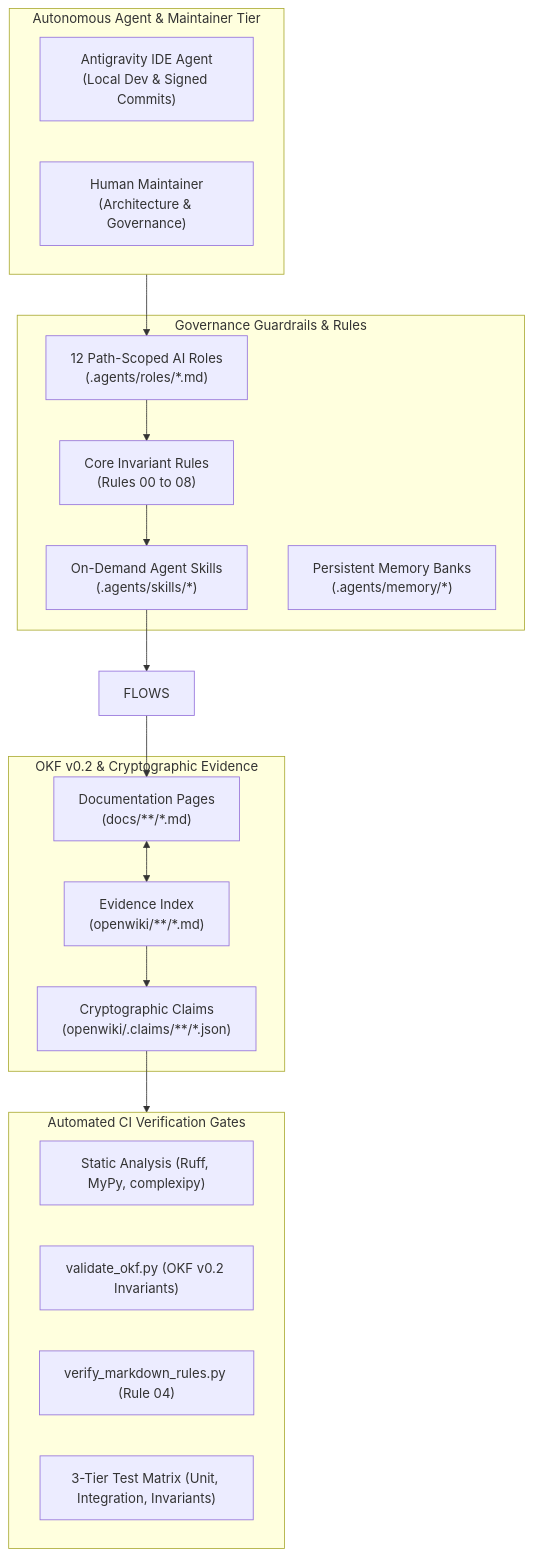
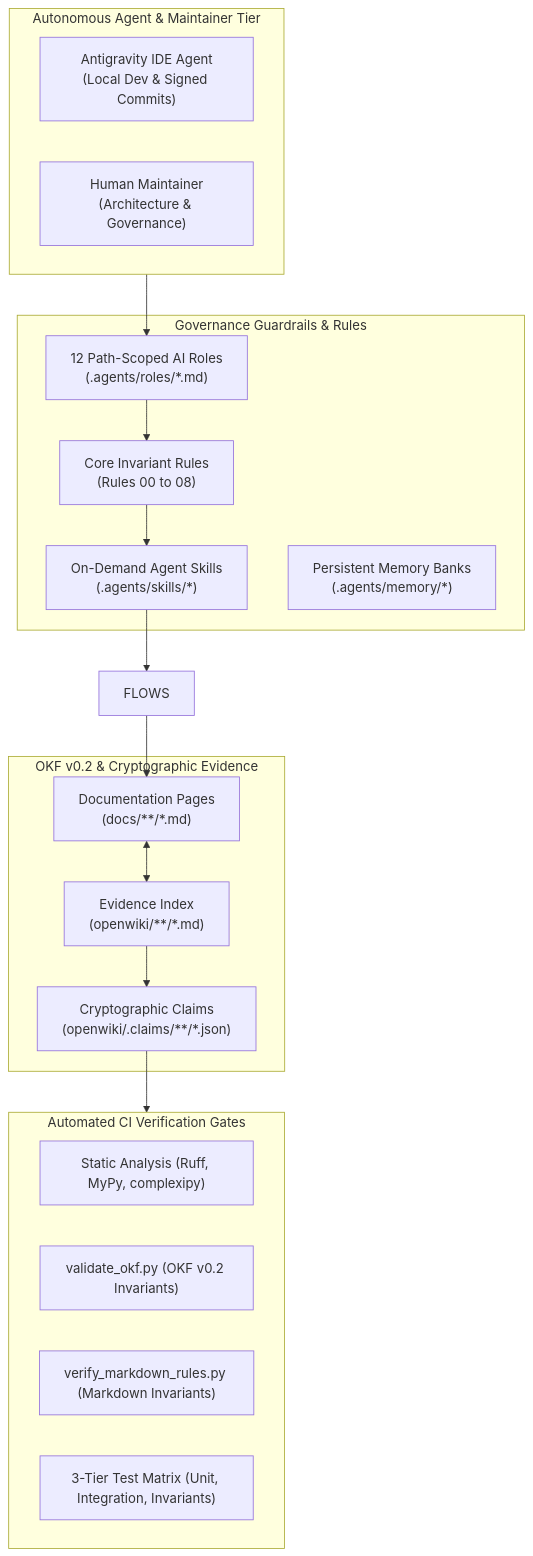
Before and after one commit to foersben/taxon-vision-mlops: the first of 2 diagrams in docs/operations/agentic_governance_and_okf.md, drawn with Mermaid. The commit also changed other lines of this file and 41 other files, not shown here.

````diff
--- a/docs/operations/agentic_governance_and_okf.md
+++ b/docs/operations/agentic_governance_and_okf.md
@@ -22,36 +22,36 @@
 ```mermaid
 flowchart TD
     subgraph Agents["Autonomous Agent & Maintainer Tier"]
         AGY["Antigravity IDE Agent<br/>(Local Dev & Signed Commits)"]
         HUM["Human Maintainer<br/>(Architecture & Governance)"]
     end
 
     subgraph Governance["Governance Guardrails & Rules"]
         ROLES["12 Path-Scoped AI Roles<br/>(.agents/roles/*.md)"]
         RULES["Core Invariant Rules<br/>(Rules 00 to 08)"]
         SKILLS["On-Demand Agent Skills<br/>(.agents/skills/*)"]
         MEM["Persistent Memory Banks<br/>(.agents/memory/*)"]
     end
 
     subgraph OKF["OKF v0.2 & Cryptographic Evidence"]
         DOCS["Documentation Pages<br/>(docs/**/*.md)"]
         WIKI["Evidence Index<br/>(openwiki/**/*.md)"]
         CLAIMS["Cryptographic Claims<br/>(openwiki/.claims/**/*.json)"]
     end
 
     subgraph Gates["Automated CI Verification Gates"]
         LINT["Static Analysis (Ruff, MyPy, complexipy)"]
         VOKF["validate_okf.py (OKF v0.2 Invariants)"]
-        MRULE["verify_markdown_rules.py (Rule 04)"]
+        MRULE["verify_markdown_rules.py (Markdown Invariants)"]
         TESTS["3-Tier Test Matrix (Unit, Integration, Invariants)"]
     end
 
     Agents --> ROLES
     ROLES --> RULES
     RULES --> SKILLS
     SKILLS --> FLOWS
     FLOWS --> DOCS
     DOCS <--> WIKI
     WIKI --> CLAIMS
     CLAIMS --> Gates
 ```
````
